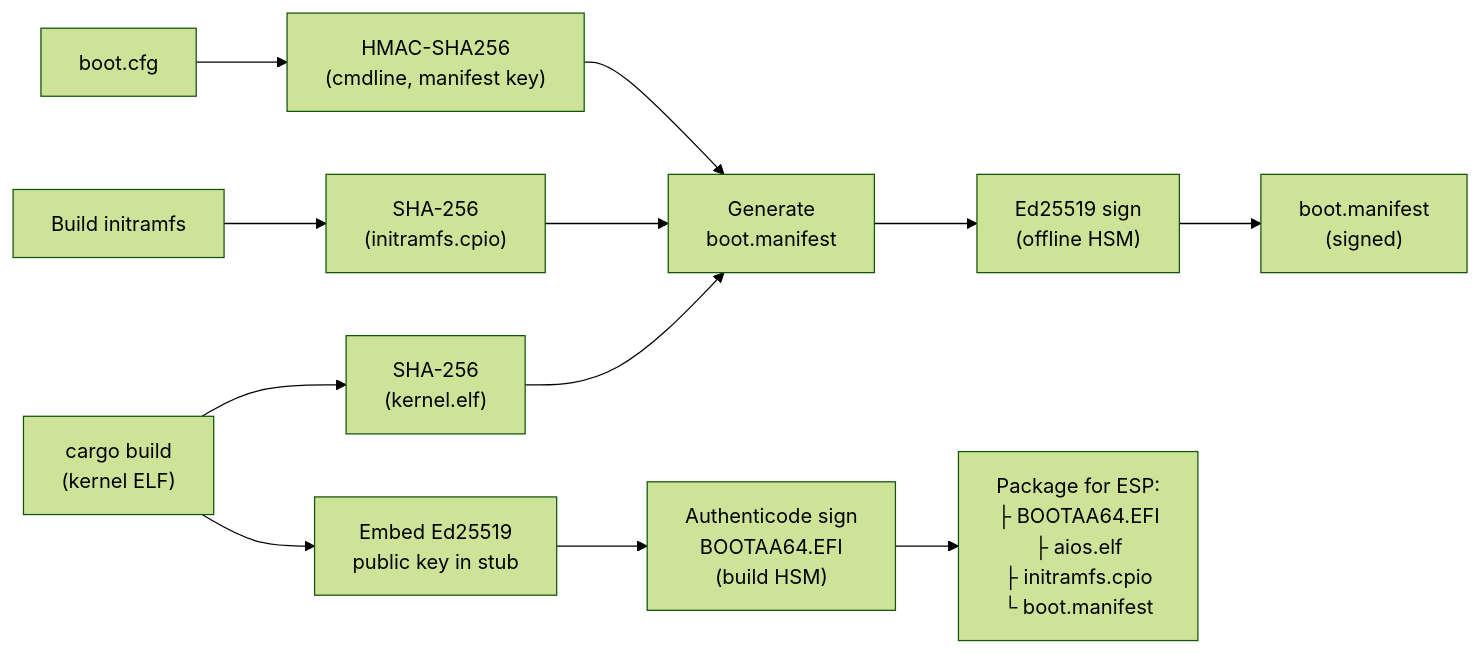
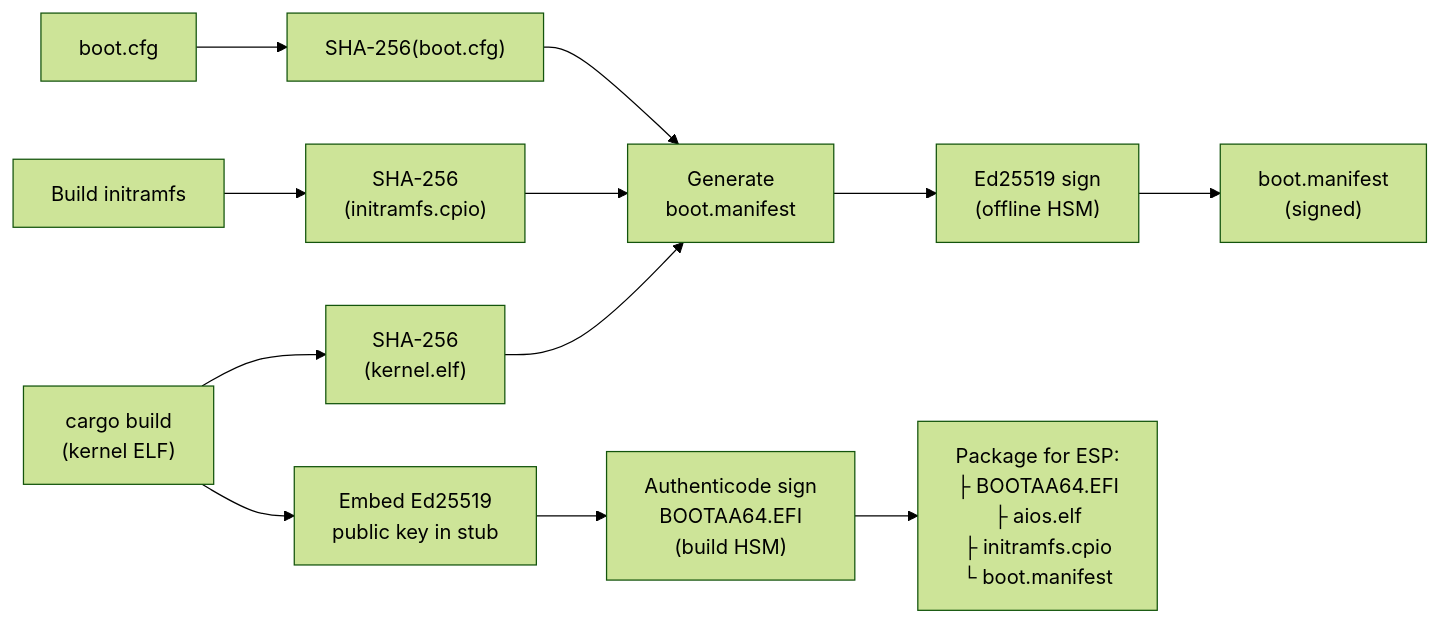
Before and after one commit to juslee/aios: the second of 4 diagrams in docs/security/secure-boot/uefi.md, drawn with Mermaid (forest theme). The commit also changed other lines of this file and 3 other files, not shown here.

````diff
--- a/docs/security/secure-boot/uefi.md
+++ b/docs/security/secure-boot/uefi.md
@@ -74,15 +74,15 @@
 ```mermaid
 flowchart LR
     BUILD["cargo build\n(kernel ELF)"] --> HASH["SHA-256\n(kernel.elf)"]
     HASH --> MANIFEST["Generate\nboot.manifest"]
     INITRAMFS["Build initramfs"] --> HASH2["SHA-256\n(initramfs.cpio)"]
     HASH2 --> MANIFEST
-    CMDLINE["boot.cfg"] --> HMAC["HMAC-SHA256\n(cmdline, manifest key)"]
-    HMAC --> MANIFEST
+    CMDLINE["boot.cfg"] --> CFGHASH["SHA-256(boot.cfg)"]
+    CFGHASH --> MANIFEST
     MANIFEST --> SIGN["Ed25519 sign\n(offline HSM)"]
     SIGN --> MANIFEST_SIGNED["boot.manifest\n(signed)"]
 
     BUILD --> STUB_EMBED["Embed Ed25519\npublic key in stub"]
     STUB_EMBED --> AUTHENTICODE["Authenticode sign\nBOOTAA64.EFI\n(build HSM)"]
     AUTHENTICODE --> ESP["Package for ESP:\n├ BOOTAA64.EFI\n├ aios.elf\n├ initramfs.cpio\n└ boot.manifest"]
 ```
````
